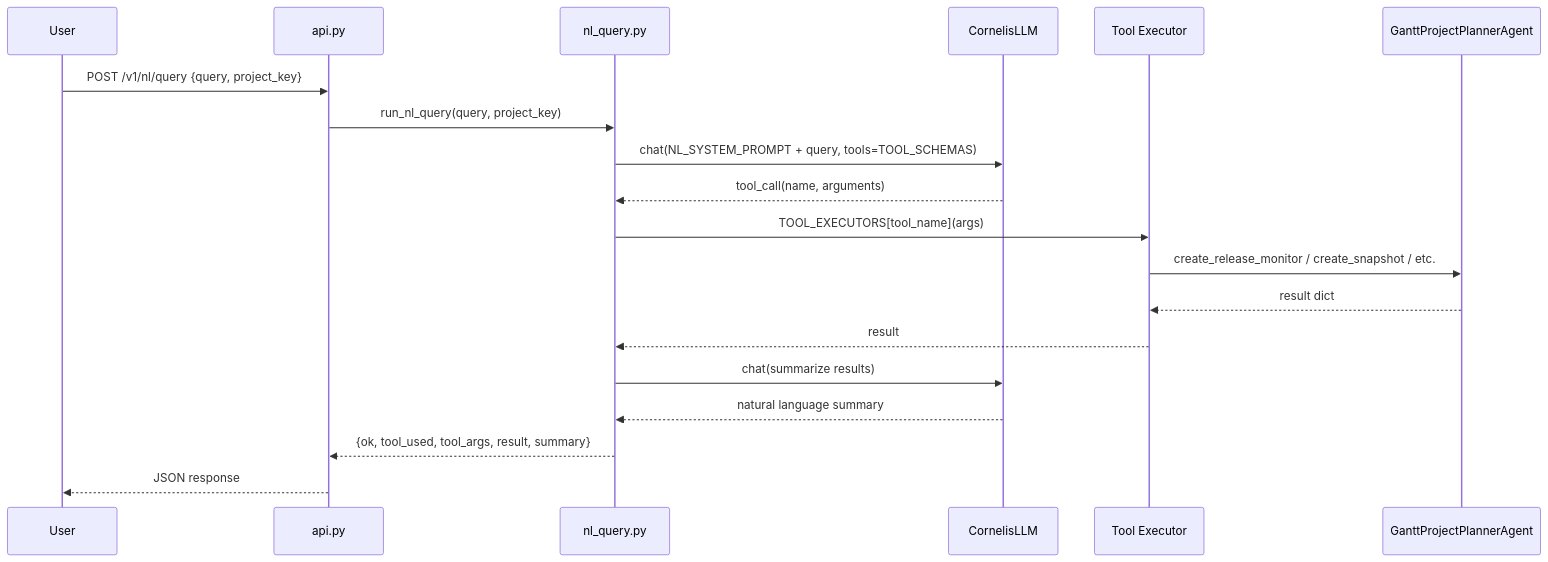
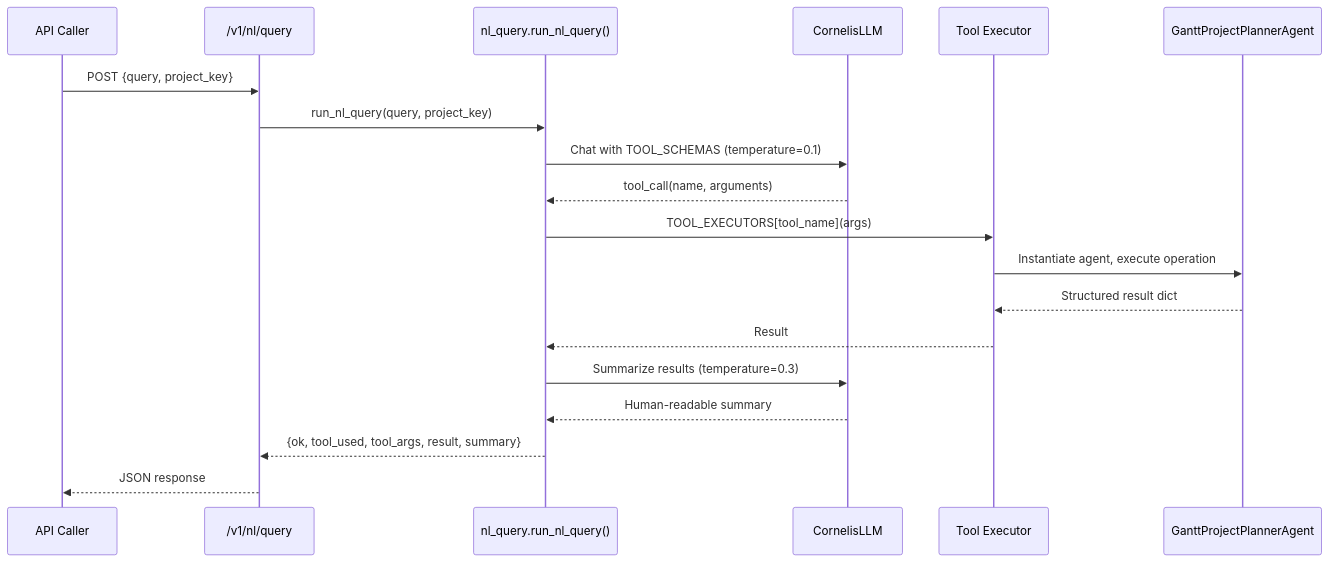
The fourth of 4 diagrams in docs/agents-gantt.md (jmac-cornelis/agent-workforce), drawn with Mermaid before and after one commit. The commit also changed other lines of this file and 7 other files, not shown here.

````diff
--- a/docs/agents-gantt.md
+++ b/docs/agents-gantt.md
@@ -133,22 +148,22 @@
 ```mermaid
 sequenceDiagram
-    participant User
-    participant API as api.py
-    participant NLQ as nl_query.py
+    participant User as API Caller
+    participant API as /v1/nl/query
+    participant NL as nl_query.run_nl_query()
     participant LLM as CornelisLLM
     participant Executor as Tool Executor
     participant Agent as GanttProjectPlannerAgent
 
-    User->>API: POST /v1/nl/query {query, project_key}
-    API->>NLQ: run_nl_query(query, project_key)
-    NLQ->>LLM: chat(NL_SYSTEM_PROMPT + query, tools=TOOL_SCHEMAS)
-    LLM-->>NLQ: tool_call(name, arguments)
-    NLQ->>Executor: TOOL_EXECUTORS[tool_name](args)
-    Executor->>Agent: create_release_monitor / create_snapshot / etc.
-    Agent-->>Executor: result dict
-    Executor-->>NLQ: result
-    NLQ->>LLM: chat(summarize results)
-    LLM-->>NLQ: natural language summary
-    NLQ-->>API: {ok, tool_used, tool_args, result, summary}
+    User->>API: POST {query, project_key}
+    API->>NL: run_nl_query(query, project_key)
+    NL->>LLM: Chat with TOOL_SCHEMAS (temperature=0.1)
+    LLM-->>NL: tool_call(name, arguments)
+    NL->>Executor: TOOL_EXECUTORS[tool_name](args)
+    Executor->>Agent: Instantiate agent, execute operation
+    Agent-->>Executor: Structured result dict
+    Executor-->>NL: Result
+    NL->>LLM: Summarize results (temperature=0.3)
+    LLM-->>NL: Human-readable summary
+    NL-->>API: {ok, tool_used, tool_args, result, summary}
     API-->>User: JSON response
 ```
````
